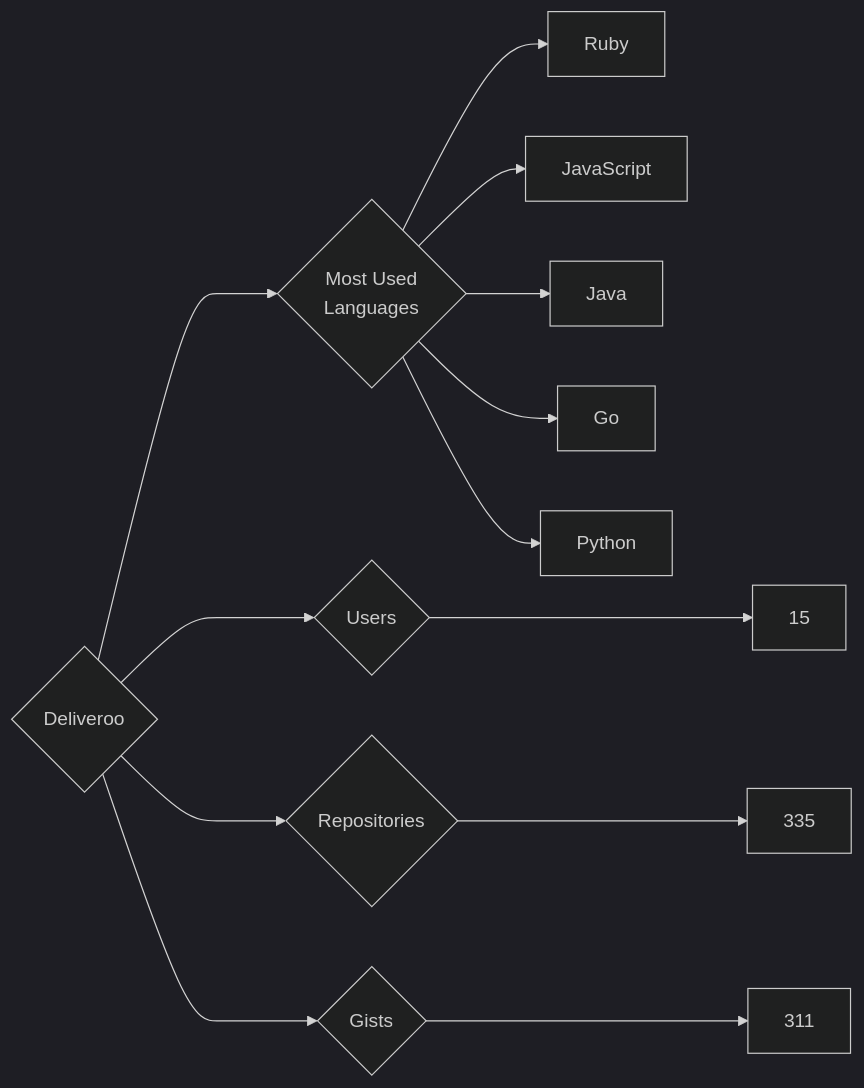
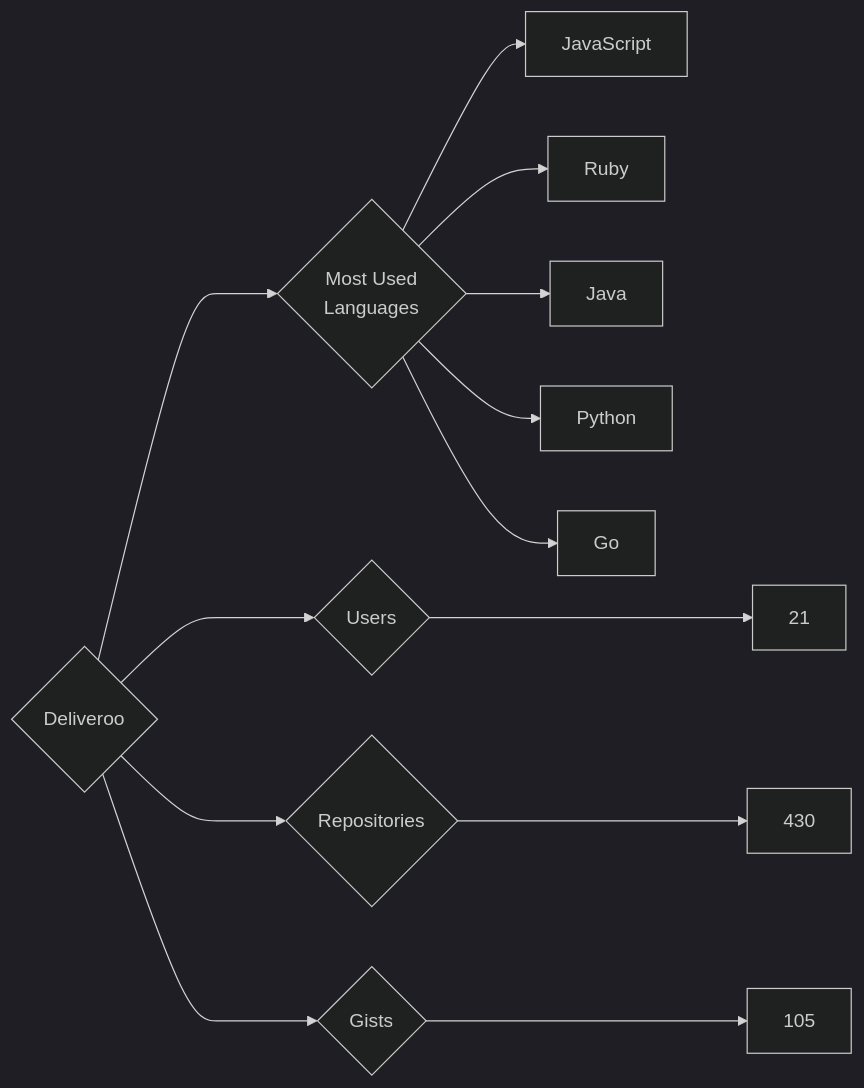
Before and after one commit to trickest/insiders: the diagram in targets/Deliveroo/README.md, drawn with Mermaid (dark theme). The commit also changed 874 other files, not shown here.

````diff
--- a/targets/Deliveroo/README.md
+++ b/targets/Deliveroo/README.md
@@ -3,13 +3,13 @@
 ```mermaid
 graph LR
 COMPANY_NAME{Deliveroo}
-COMPANY_NAME ---> U{Users} ---> UN[15]
-COMPANY_NAME ---> R{Repositories} ---> RN[335]
-COMPANY_NAME ---> G{Gists} ---> GN[311]
+COMPANY_NAME ---> U{Users} ---> UN[21]
+COMPANY_NAME ---> R{Repositories} ---> RN[430]
+COMPANY_NAME ---> G{Gists} ---> GN[105]
 COMPANY_NAME ---> ML{Most Used<br>Languages}
+ML --> JavaScript[JavaScript]
 ML --> Ruby[Ruby]
-ML --> JavaScript[JavaScript]
 ML --> Java[Java]
+ML --> Python[Python]
 ML --> Go[Go]
-ML --> Python[Python]
 ```
````
